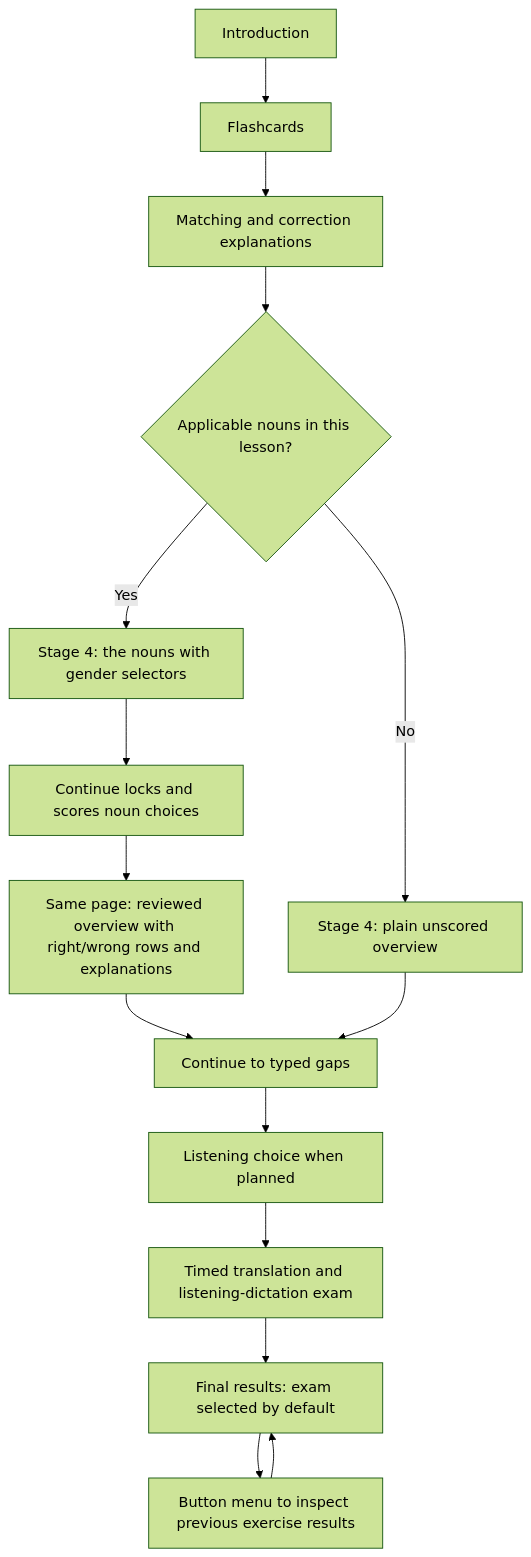
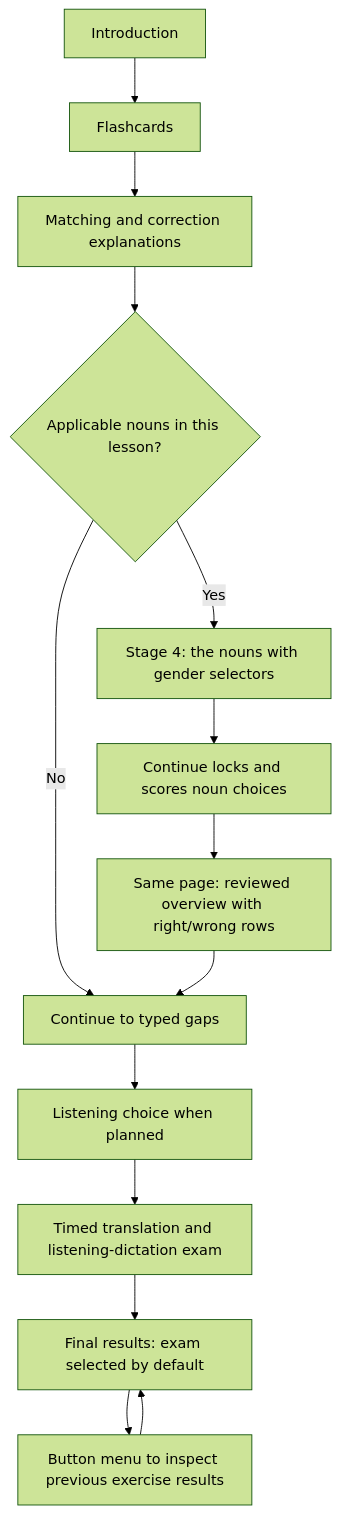
The third of 46 diagrams in docs/SPEC.md (bastian-schnitzler/lesson_prototype), drawn with Mermaid (forest theme) before and after one commit. The commit also changed other lines of this file and 16 other files, not shown here.

````diff
--- a/docs/SPEC.md
+++ b/docs/SPEC.md
@@ -728,17 +728,16 @@
 ```mermaid
 flowchart TD
     A[Introduction] --> B[Flashcards]
     B --> C[Matching and correction explanations]
     C --> D{Applicable nouns in this lesson?}
     D -->|Yes| E[Stage 4: the nouns with gender selectors]
     E --> F[Continue locks and scores noun choices]
-    F --> G[Same page: reviewed overview with right/wrong rows and explanations]
-    D -->|No| H[Stage 4: plain unscored overview]
+    F --> G[Same page: reviewed overview with right/wrong rows]
+    D -->|No| I
     G --> I[Continue to typed gaps]
-    H --> I
     I --> I2[Listening choice when planned]
     I2 --> J[Timed translation and listening-dictation exam]
     J --> K[Final results: exam selected by default]
     K --> L[Button menu to inspect previous exercise results]
     L --> K
 ```
````
